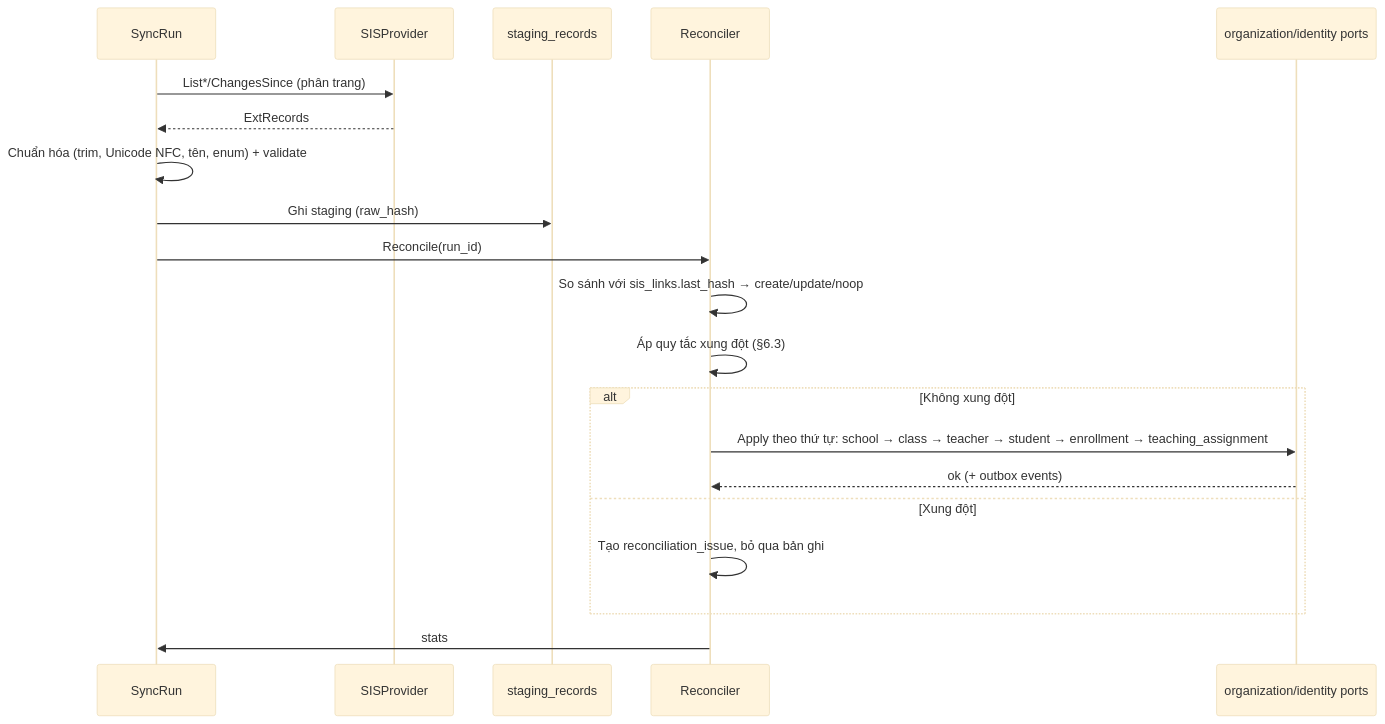
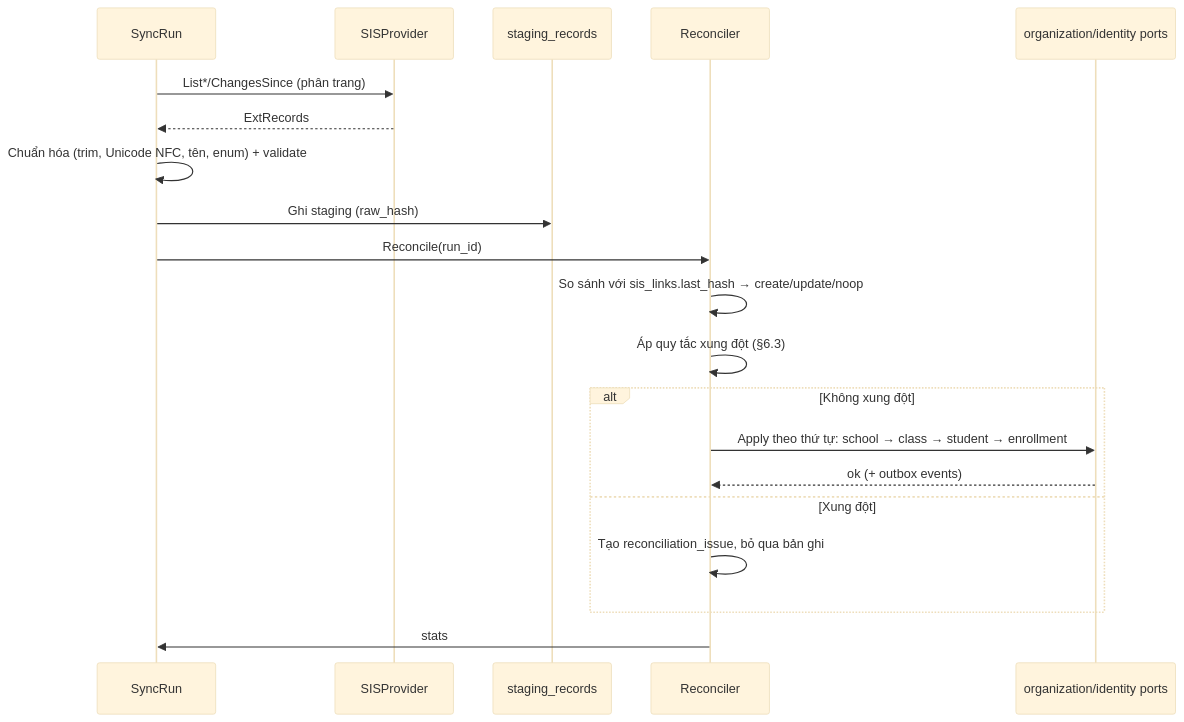
One commit to tanguyen2020/eduworld-platform changed the third of 3 diagrams in docs/09-identity/SIS_INTEGRATION.md. Above: the diagram before and after it, drawn with Mermaid (base theme). The commit also changed other lines of this file and 922 other files, not shown here.

````diff
--- a/docs/09-identity/SIS_INTEGRATION.md
+++ b/docs/09-identity/SIS_INTEGRATION.md
@@ -315,22 +298,22 @@
 ```mermaid
 sequenceDiagram
   participant R as SyncRun
   participant P as SISProvider
   participant S as staging_records
   participant C as Reconciler
   participant O as organization/identity ports
   R->>P: List*/ChangesSince (phân trang)
   P-->>R: ExtRecords
   R->>R: Chuẩn hóa (trim, Unicode NFC, tên, enum) + validate
   R->>S: Ghi staging (raw_hash)
   R->>C: Reconcile(run_id)
   C->>C: So sánh với sis_links.last_hash → create/update/noop
   C->>C: Áp quy tắc xung đột (§6.3)
   alt Không xung đột
-    C->>O: Apply theo thứ tự: school → class → teacher → student → enrollment → teaching_assignment
+    C->>O: Apply theo thứ tự: school → class → student → enrollment
     O-->>C: ok (+ outbox events)
   else Xung đột
     C->>C: Tạo reconciliation_issue, bỏ qua bản ghi
   end
   C->>R: stats
 ```
````
